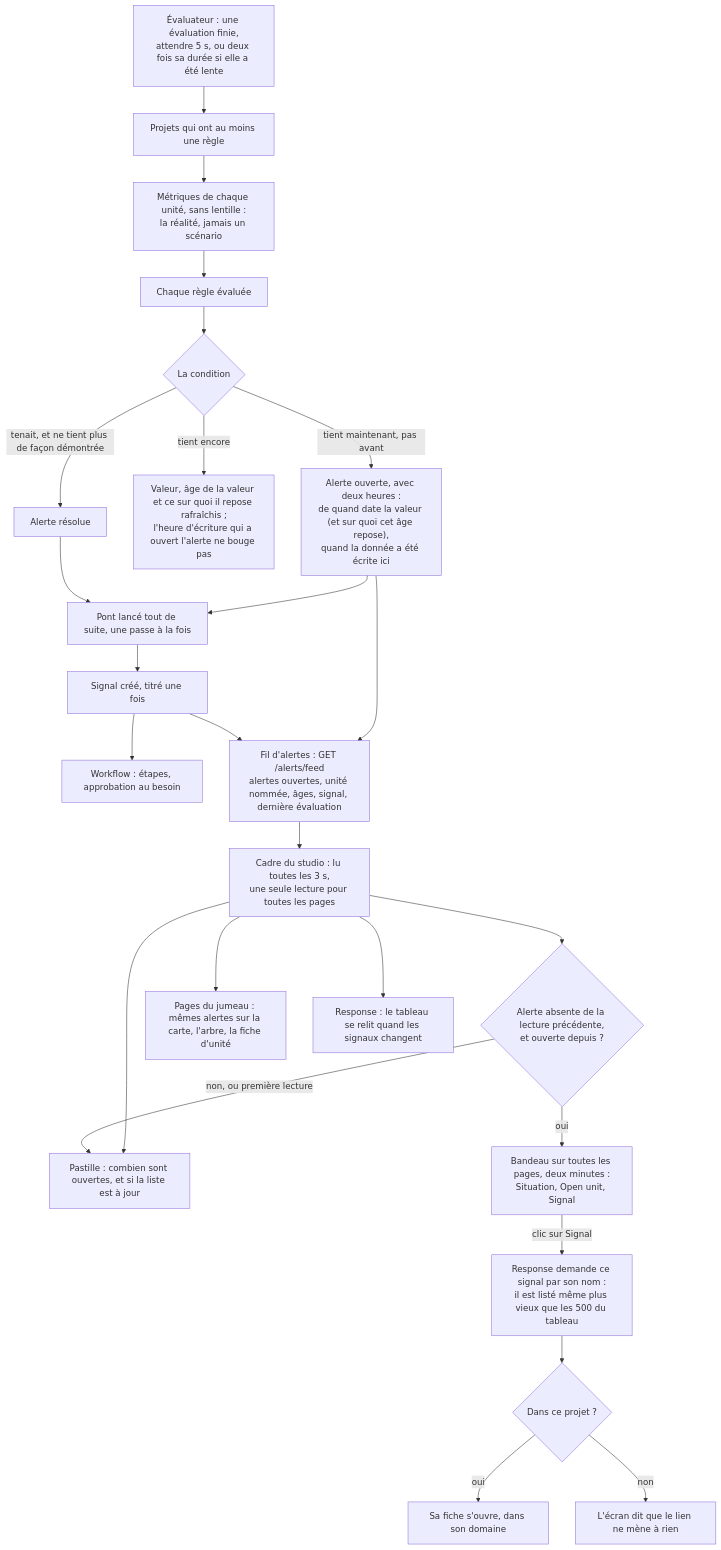
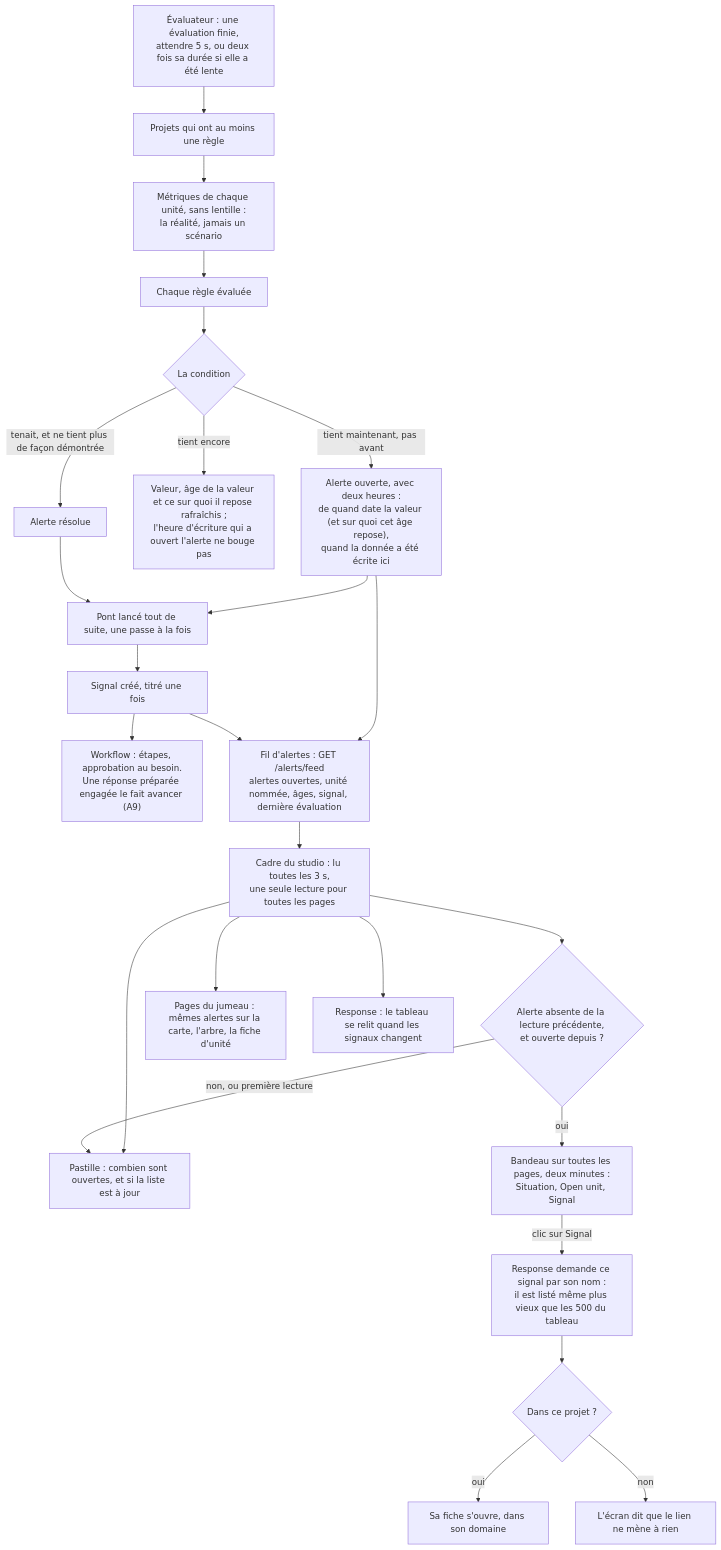
Before and after one commit to V1ktor7/obscyro: diagram 28 of 32 in docs/algorithms.md, drawn with Mermaid. The commit also changed other lines of this file and 31 other files, not shown here.

````diff
--- a/docs/algorithms.md
+++ b/docs/algorithms.md
@@ -804,27 +835,27 @@
 ```mermaid
 flowchart TD
     A["Évaluateur : une évaluation finie,<br/>attendre 5 s, ou deux fois sa durée si elle a été lente"] --> B["Projets qui ont au moins une règle"]
     B --> C["Métriques de chaque unité, sans lentille :<br/>la réalité, jamais un scénario"]
     C --> D["Chaque règle évaluée"]
     D --> E{"La condition"}
     E -->|"tient maintenant, pas avant"| F["Alerte ouverte, avec deux heures :<br/>de quand date la valeur (et sur quoi cet âge repose),<br/>quand la donnée a été écrite ici"]
     E -->|"tient encore"| F2["Valeur, âge de la valeur et ce sur quoi il repose rafraîchis ;<br/>l'heure d'écriture qui a ouvert l'alerte ne bouge pas"]
     E -->|"tenait, et ne tient plus de façon démontrée"| G["Alerte résolue"]
     F --> H["Pont lancé tout de suite, une passe à la fois"]
     G --> H
     H --> I["Signal créé, titré une fois"]
-    I --> J["Workflow : étapes, approbation au besoin"]
+    I --> J["Workflow : étapes, approbation au besoin.<br/>Une réponse préparée engagée le fait avancer (A9)"]
     F --> K["Fil d'alertes : GET /alerts/feed<br/>alertes ouvertes, unité nommée, âges, signal, dernière évaluation"]
     I --> K
     K --> L["Cadre du studio : lu toutes les 3 s,<br/>une seule lecture pour toutes les pages"]
     L --> M["Pastille : combien sont ouvertes, et si la liste est à jour"]
     L --> N{"Alerte absente de la lecture précédente,<br/>et ouverte depuis ?"}
     N -->|"oui"| O["Bandeau sur toutes les pages, deux minutes :<br/>Situation, Open unit, Signal"]
     N -->|"non, ou première lecture"| M
     L --> P["Pages du jumeau : mêmes alertes sur la carte, l'arbre, la fiche d'unité"]
     L --> Q["Response : le tableau se relit quand les signaux changent"]
     O -->|"clic sur Signal"| R["Response demande ce signal par son nom :<br/>il est listé même plus vieux que les 500 du tableau"]
     R --> S{"Dans ce projet ?"}
     S -->|"oui"| T["Sa fiche s'ouvre, dans son domaine"]
     S -->|"non"| U["L'écran dit que le lien ne mène à rien"]
 ```
````
